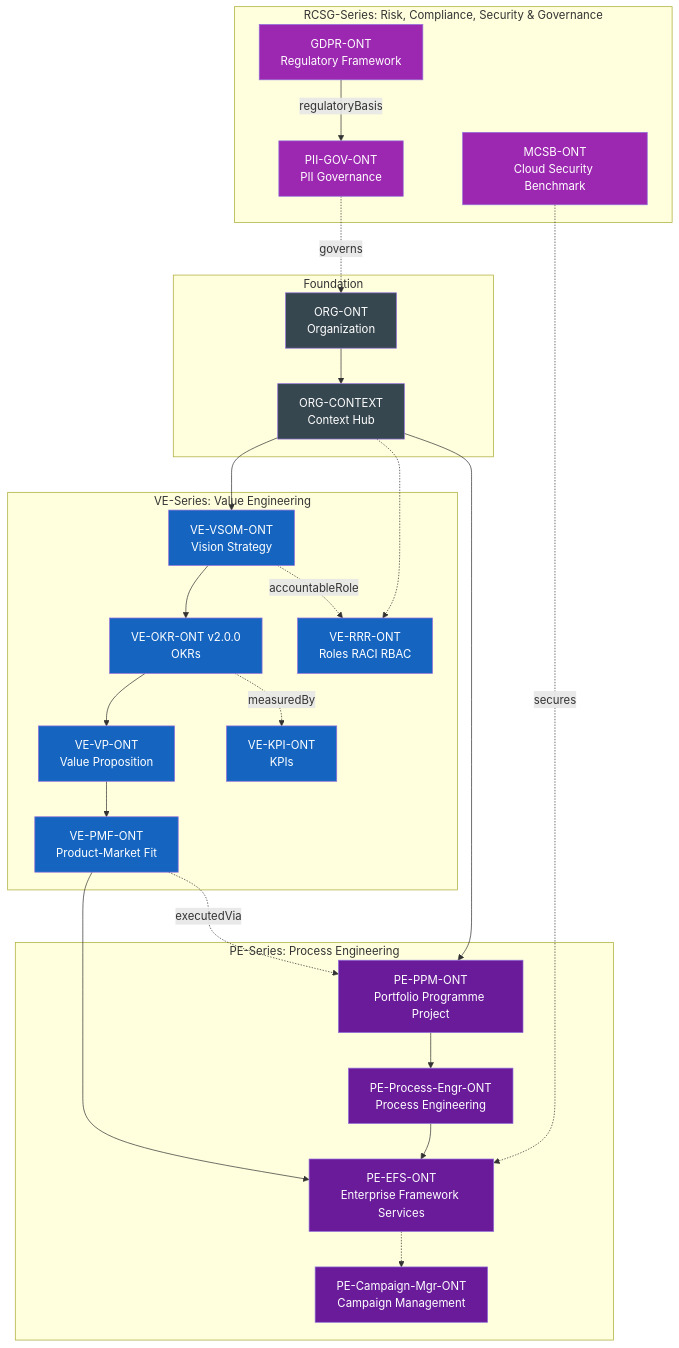
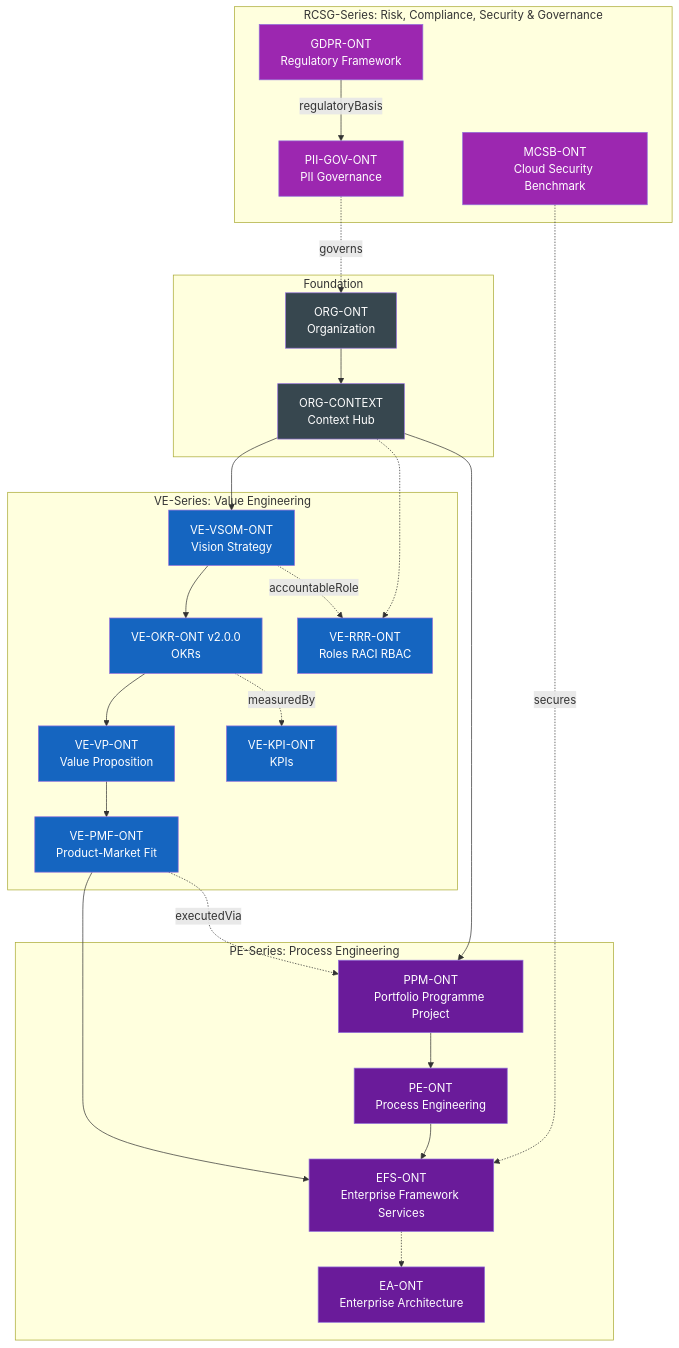
Before and after one commit to ajrmooreuk/Azlan-EA-AAA: the eighth of 17 diagrams in PBS/ONTOLOGIES/ONTOLOGY-ARCHITECTURE.md, drawn with Mermaid. The commit also changed other lines of this file and 10 other files, not shown here.

````diff
--- a/PBS/ONTOLOGIES/ONTOLOGY-ARCHITECTURE.md
+++ b/PBS/ONTOLOGIES/ONTOLOGY-ARCHITECTURE.md
@@ -557,61 +569,61 @@
 ```mermaid
 flowchart TB
     subgraph "VE-Series: Value Engineering"
         VSOM[VE-VSOM-ONT<br/>Vision Strategy]
         OKR[VE-OKR-ONT v2.0.0<br/>OKRs]
         VP[VE-VP-ONT<br/>Value Proposition]
         PMF[VE-PMF-ONT<br/>Product-Market Fit]
         RRR[VE-RRR-ONT<br/>Roles RACI RBAC]
         KPI[VE-KPI-ONT<br/>KPIs]
     end
 
     subgraph "PE-Series: Process Engineering"
-        PPM[PE-PPM-ONT<br/>Portfolio Programme Project]
-        PROC[PE-Process-Engr-ONT<br/>Process Engineering]
-        EFS[PE-EFS-ONT<br/>Enterprise Framework Services]
-        CAMP[PE-Campaign-Mgr-ONT<br/>Campaign Management]
+        PPM[PPM-ONT<br/>Portfolio Programme Project]
+        PROC[PE-ONT<br/>Process Engineering]
+        EFS[EFS-ONT<br/>Enterprise Framework Services]
+        EA_PE[EA-ONT<br/>Enterprise Architecture]
     end
 
     subgraph "RCSG-Series: Risk, Compliance, Security & Governance"
         RCSG_GDPR[GDPR-ONT<br/>Regulatory Framework]
         RCSG_PII[PII-GOV-ONT<br/>PII Governance]
         RCSG_MCSB[MCSB-ONT<br/>Cloud Security Benchmark]
         RCSG_GDPR -->|regulatoryBasis| RCSG_PII
     end
 
     subgraph "Foundation"
         ORG[ORG-ONT<br/>Organization]
         CTX[ORG-CONTEXT<br/>Context Hub]
     end
 
     VSOM --> OKR
     OKR --> VP
     VP --> PMF
     PMF --> EFS
 
     VSOM -.->|"accountableRole"| RRR
     OKR -.->|"measuredBy"| KPI
     PMF -.->|"executedVia"| PPM
 
     PPM --> PROC
     PROC --> EFS
-    EFS -.-> CAMP
+    EFS -.-> EA_PE
 
     ORG --> CTX
     CTX --> VSOM
     CTX --> PPM
     CTX -.-> RRR
 
     RCSG_PII -.->|"governs"| ORG
     RCSG_MCSB -.->|"secures"| EFS
 
     classDef ve fill:#1565c0,color:#fff
     classDef pe fill:#6a1b9a,color:#fff
     classDef foundation fill:#37474f,color:#fff
     classDef rcsg fill:#9c27b0,color:#fff
 
     class VSOM,OKR,VP,PMF,RRR,KPI ve
-    class PPM,PROC,EFS,CAMP pe
+    class PPM,PROC,EFS,EA_PE pe
     class ORG,CTX foundation
     class RCSG_GDPR,RCSG_PII,RCSG_MCSB rcsg
 ```
````
